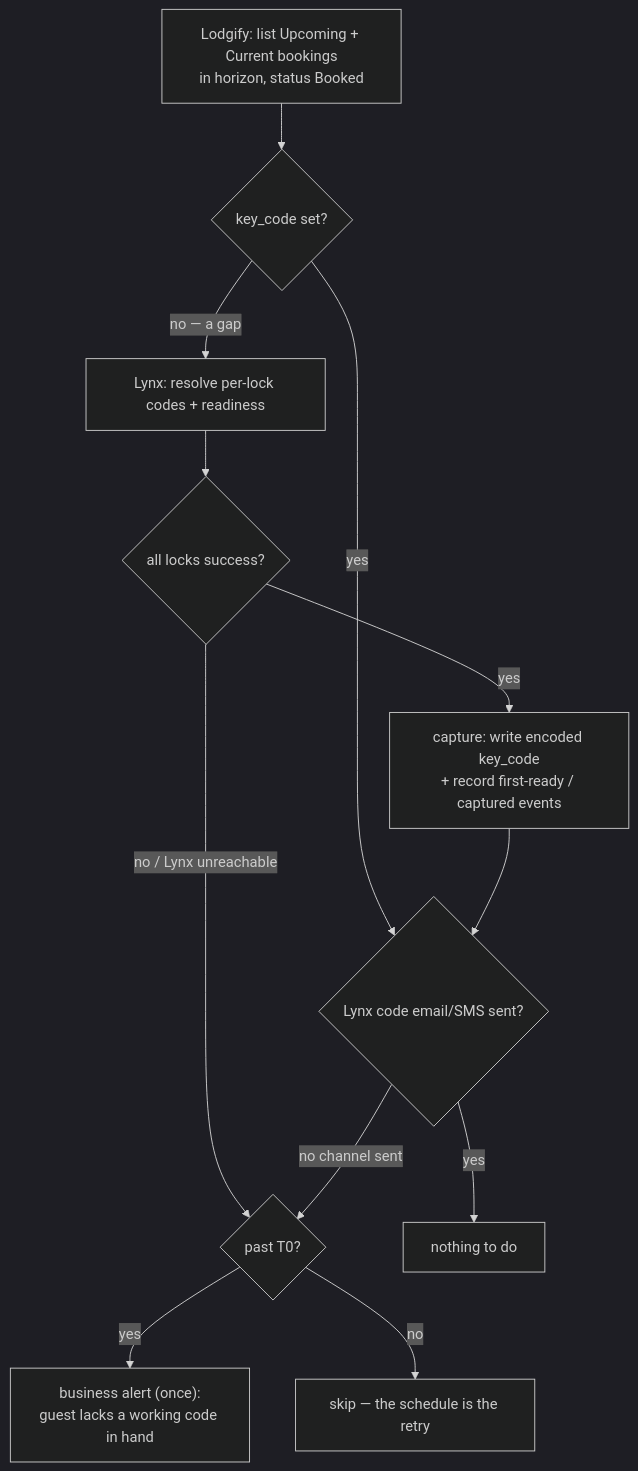
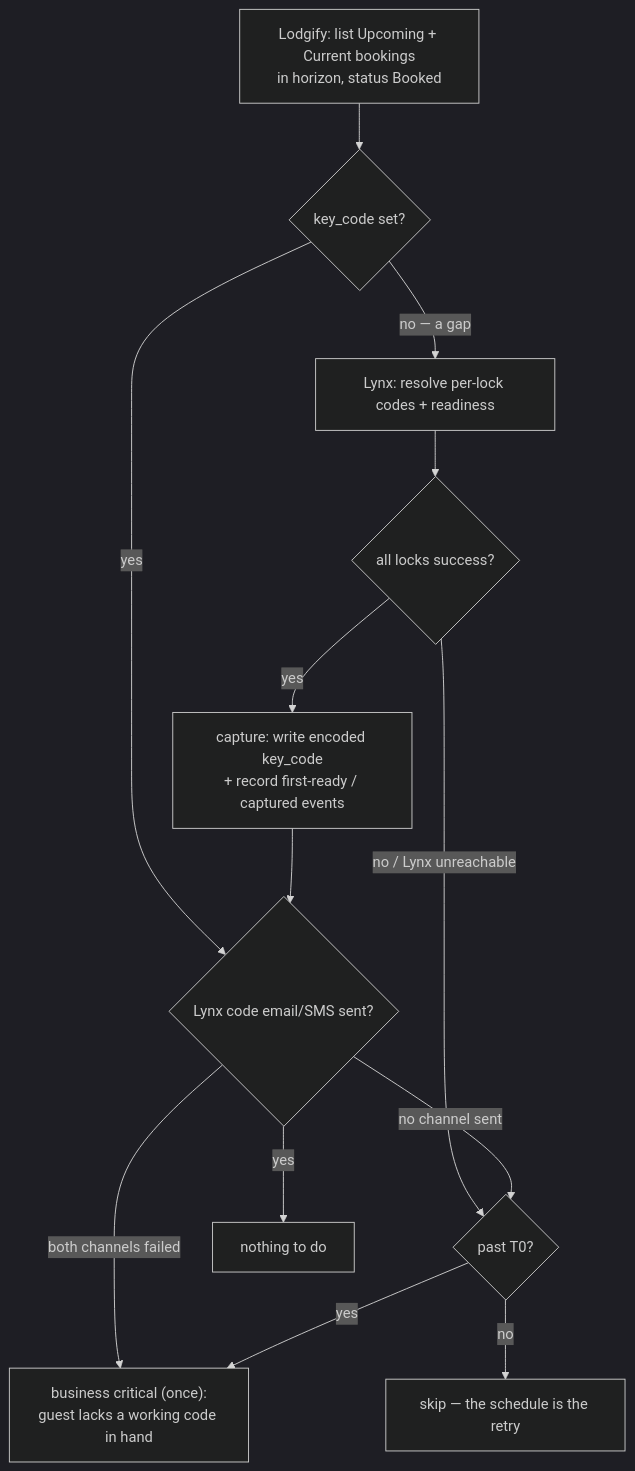
The diagram in nodejs/apps/lock-link/docs/architecture-sure-lock.md (twin-digital/opus), drawn with Mermaid (dark theme) before and after one commit. The commit also changed other lines of this file and 2 other files, not shown here.

First line of the commit message:
docs(lock-link): align sure-lock with the settled timing/alert model

````diff
--- a/nodejs/apps/lock-link/docs/architecture-sure-lock.md
+++ b/nodejs/apps/lock-link/docs/architecture-sure-lock.md
@@ -51,14 +51,15 @@
 ```mermaid
 flowchart TD
     L["Lodgify: list Upcoming + Current bookings<br/>in horizon, status Booked"] --> G{"key_code set?"}
     G -- "no — a gap" --> R["Lynx: resolve per-lock codes + readiness"]
     R --> RD{"all locks success?"}
     RD -- yes --> W["capture: write encoded key_code<br/>+ record first-ready / captured events"]
     RD -- "no / Lynx unreachable" --> T{"past T0?"}
     G -- yes --> ES{"Lynx code email/SMS sent?"}
     W --> ES
     ES -- "no channel sent" --> T
+    ES -- "both channels failed" --> AL
     ES -- yes --> DONE["nothing to do"]
-    T -- yes --> AL["business alert (once):<br/>guest lacks a working code in hand"]
+    T -- yes --> AL["business critical (once):<br/>guest lacks a working code in hand"]
     T -- no --> S["skip — the schedule is the retry"]
 ```
````
